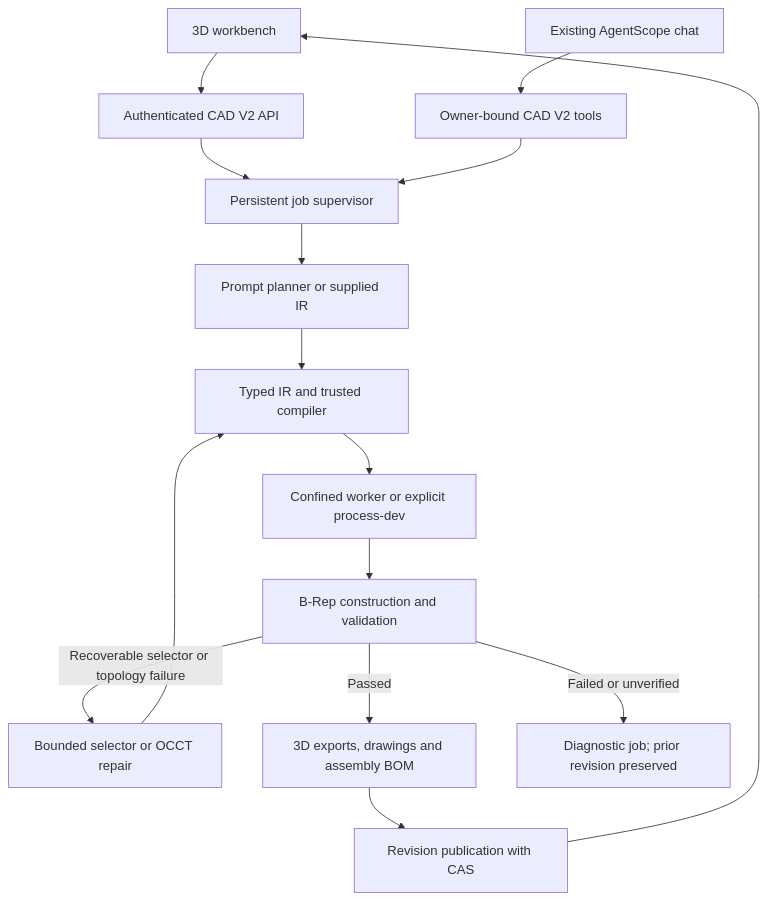
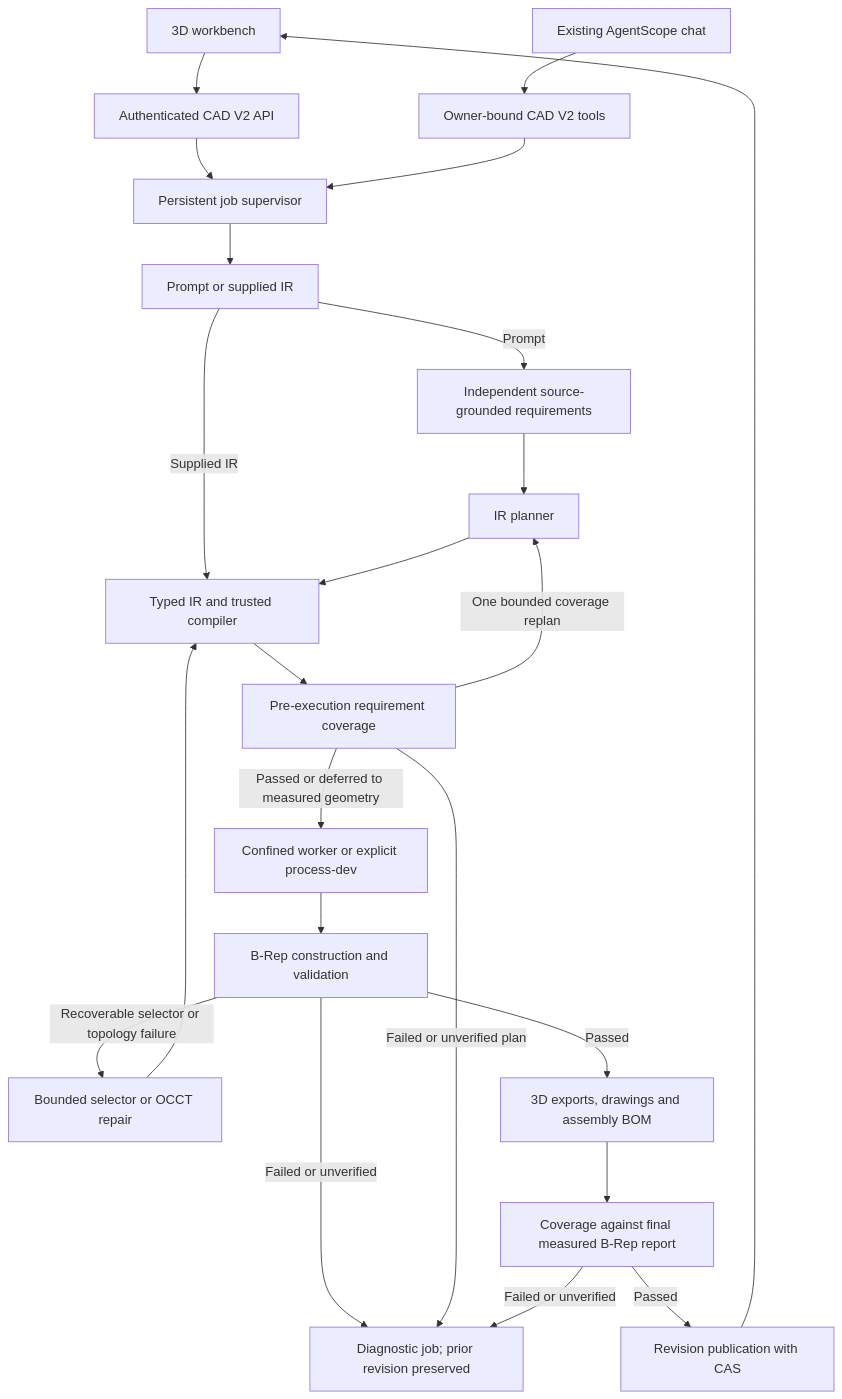
The diagram in docs/refactor/architecture-v2.md (Jane-o-O-o-O/Agent-CAD), drawn with Mermaid before and after one commit. The commit also changed other lines of this file and 43 other files, not shown here.

````diff
--- a/docs/refactor/architecture-v2.md
+++ b/docs/refactor/architecture-v2.md
@@ -7,17 +7,25 @@
 ```mermaid
 flowchart TD
     UI["3D workbench"] --> API["Authenticated CAD V2 API"]
     Chat["Existing AgentScope chat"] --> Bridge["Owner-bound CAD V2 tools"]
     API --> Workflow["Persistent job supervisor"]
     Bridge --> Workflow
-    Workflow --> Intent["Prompt planner or supplied IR"]
+    Workflow --> Source["Prompt or supplied IR"]
+    Source -->|"Prompt"| Requirements["Independent source-grounded requirements"]
+    Requirements --> Intent["IR planner"]
+    Source -->|"Supplied IR"| Compile
     Intent --> Compile["Typed IR and trusted compiler"]
-    Compile --> Worker["Confined worker or explicit process-dev"]
+    Compile --> PlanGate["Pre-execution requirement coverage"]
+    PlanGate -->|"One bounded coverage replan"| Intent
+    PlanGate -->|"Passed or deferred to measured geometry"| Worker["Confined worker or explicit process-dev"]
     Worker --> Check["B-Rep construction and validation"]
     Check -->|"Recoverable selector or topology failure"| Repair["Bounded selector or OCCT repair"]
     Repair --> Compile
     Check -->|"Passed"| Export["3D exports, drawings and assembly BOM"]
-    Export --> Publish["Revision publication with CAS"]
+    Export --> FinalGate["Coverage against final measured B-Rep report"]
+    FinalGate -->|"Passed"| Publish["Revision publication with CAS"]
     Publish --> UI
     Check -->|"Failed or unverified"| Failure["Diagnostic job; prior revision preserved"]
+    PlanGate -->|"Failed or unverified plan"| Failure
+    FinalGate -->|"Failed or unverified"| Failure
 ```
````
